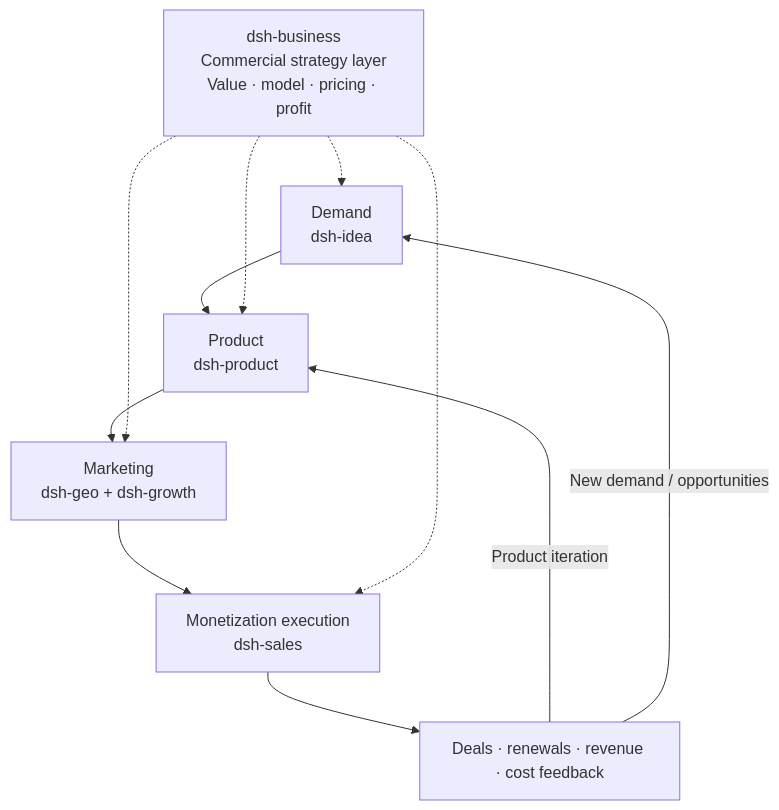
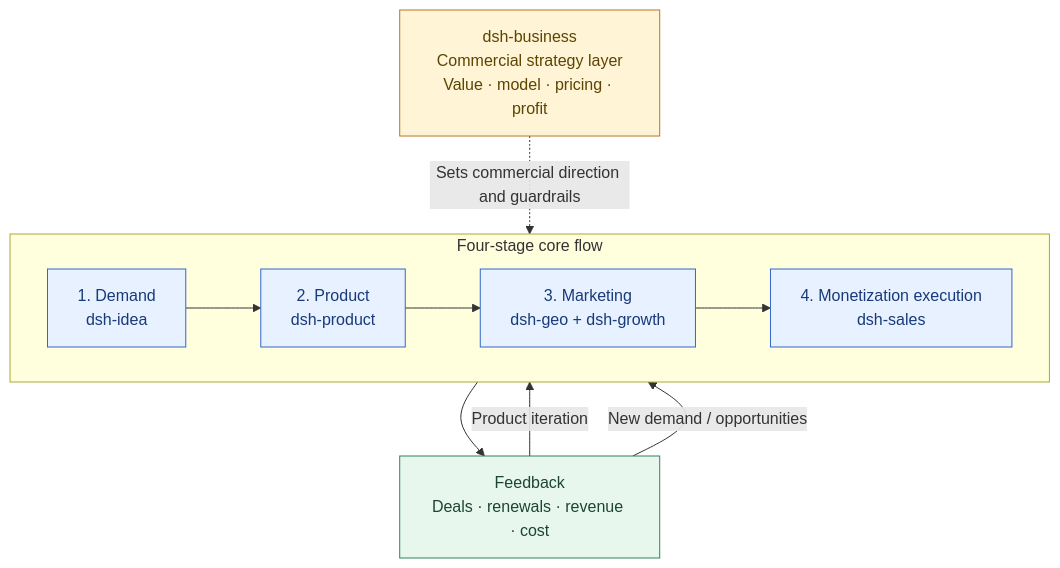
The diagram in README.md (winyh/dsh-business), drawn with Mermaid before and after one commit. The commit also changed other lines of this file and 2 other files, not shown here.

Commit message:
docs: sync bilingual plugin documentation

````diff
--- a/README.md
+++ b/README.md
@@ -19,14 +23,23 @@
 ```mermaid
 flowchart TB
     S["dsh-business<br/>Commercial strategy layer<br/>Value · model · pricing · profit"]
-    A["Demand<br/>dsh-idea"] --> B["Product<br/>dsh-product"]
-    B --> C["Marketing<br/>dsh-geo + dsh-growth"]
-    C --> D["Monetization execution<br/>dsh-sales"]
-    S -.-> A
-    S -.-> B
-    S -.-> C
-    S -.-> D
-    D --> F["Deals · renewals · revenue · cost feedback"]
-    F -->|Product iteration| B
-    F -->|New demand / opportunities| A
+
+    subgraph MAIN["Four-stage core flow"]
+        direction LR
+        A["1. Demand<br/>dsh-idea"] --> B["2. Product<br/>dsh-product"]
+        B --> C["3. Marketing<br/>dsh-geo + dsh-growth"]
+        C --> D["4. Monetization execution<br/>dsh-sales"]
+    end
+
+    S -. "Sets commercial direction and guardrails" .-> A
+    D --> R["Feedback<br/>Deals · renewals · revenue · cost"]
+    R -->|Product iteration| B
+    R -->|New demand / opportunities| A
+
+    classDef strategy fill:#FFF4D6,stroke:#B7791F,color:#5C4500
+    classDef stage fill:#E8F1FF,stroke:#3366CC,color:#173A7A
+    classDef feedback fill:#E8F7EE,stroke:#2F855A,color:#1C4532
+    class S strategy
+    class A,B,C,D stage
+    class R feedback
 ```
````
